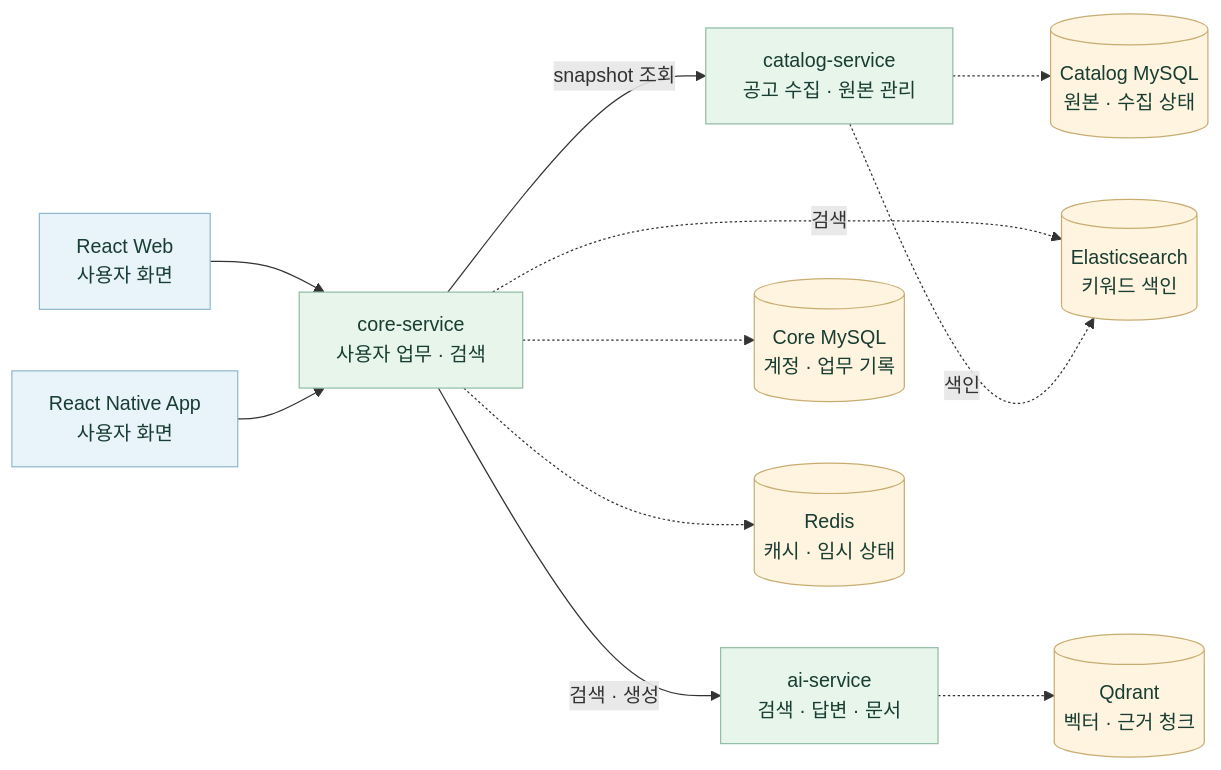
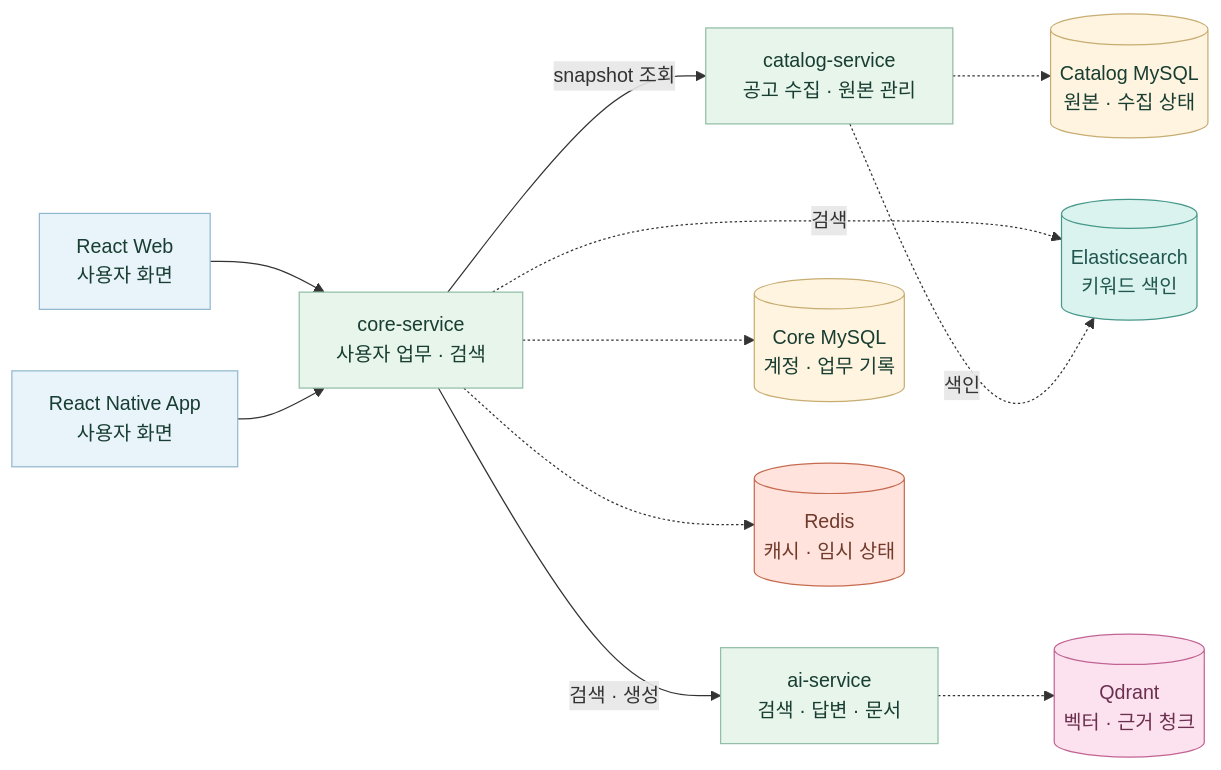
Before and after one commit to 20220348-kim/SKN34-4th-1Team: the third of 7 diagrams in README.md, drawn with Mermaid. The commit also changed other lines of this file, not shown here.

Commit message:
문서: 서비스 연결도의 저장소별 색상 구분

````diff
--- a/README.md
+++ b/README.md
@@ -137,19 +137,25 @@
 ```mermaid
 flowchart LR
     Web["React Web<br/>사용자 화면"] --> Core["core-service<br/>사용자 업무 · 검색"]
     Mobile["React Native App<br/>사용자 화면"] --> Core
     Core -->|snapshot 조회| Catalog["catalog-service<br/>공고 수집 · 원본 관리"]
     Core -->|검색 · 생성| AI["ai-service<br/>검색 · 답변 · 문서"]
     Core -.-> CoreDB[("Core MySQL<br/>계정 · 업무 기록")]
     Catalog -.-> CatalogDB[("Catalog MySQL<br/>원본 · 수집 상태")]
     AI -.-> Qdrant[("Qdrant<br/>벡터 · 근거 청크")]
     Core -. 검색 .-> Elastic[("Elasticsearch<br/>키워드 색인")]
     Catalog -. 색인 .-> Elastic
     Core -.-> Redis[("Redis<br/>캐시 · 임시 상태")]
     classDef client fill:#e8f3fa,stroke:#91b9cd,color:#183d32
     classDef service fill:#e7f5eb,stroke:#92bda6,color:#183d32
-    classDef storage fill:#fff4df,stroke:#c8ad72,color:#183d32
+    classDef mysql fill:#fff4df,stroke:#c8ad72,color:#183d32
+    classDef vectorDb fill:#fce2ef,stroke:#c26493,color:#6b2f50
+    classDef searchIndex fill:#dbf3ef,stroke:#46988a,color:#20564f
+    classDef redisCache fill:#ffe3dc,stroke:#c66b50,color:#703b2d
     class Web,Mobile client
     class Core,Catalog,AI service
-    class CoreDB,CatalogDB,Qdrant,Elastic,Redis storage
+    class CoreDB,CatalogDB mysql
+    class Qdrant vectorDb
+    class Elastic searchIndex
+    class Redis redisCache
 ```
````
